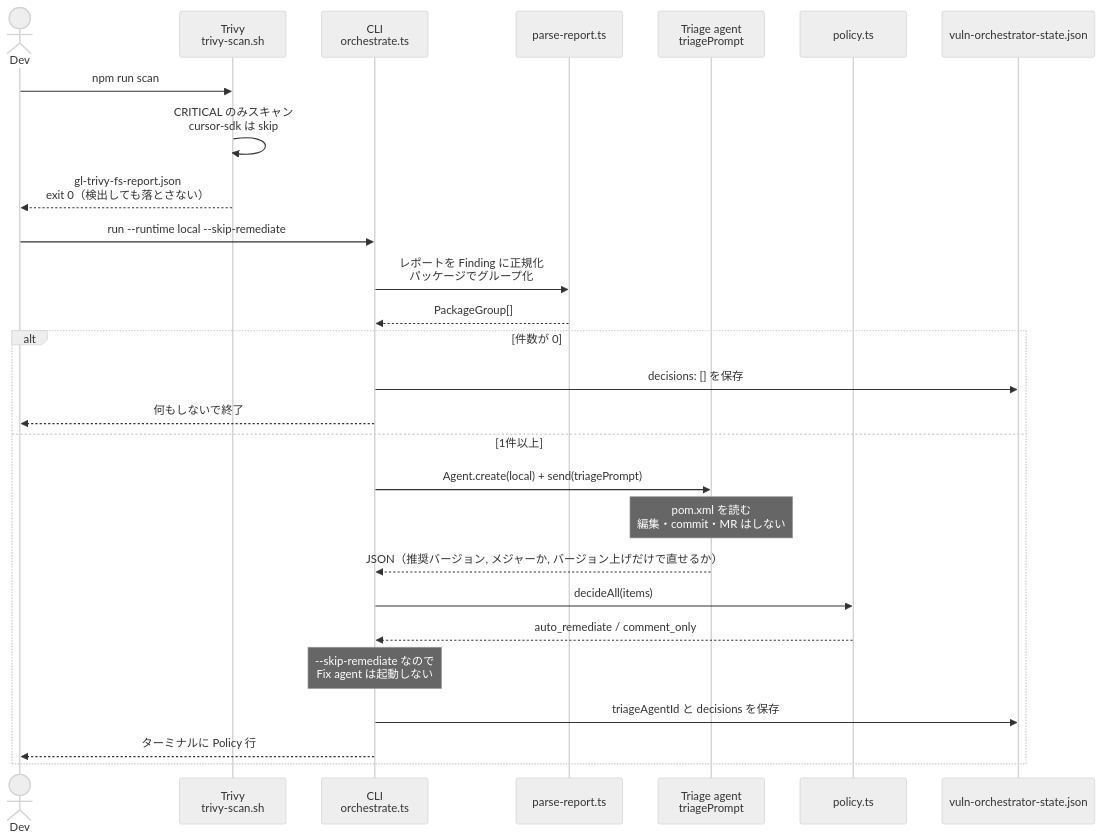
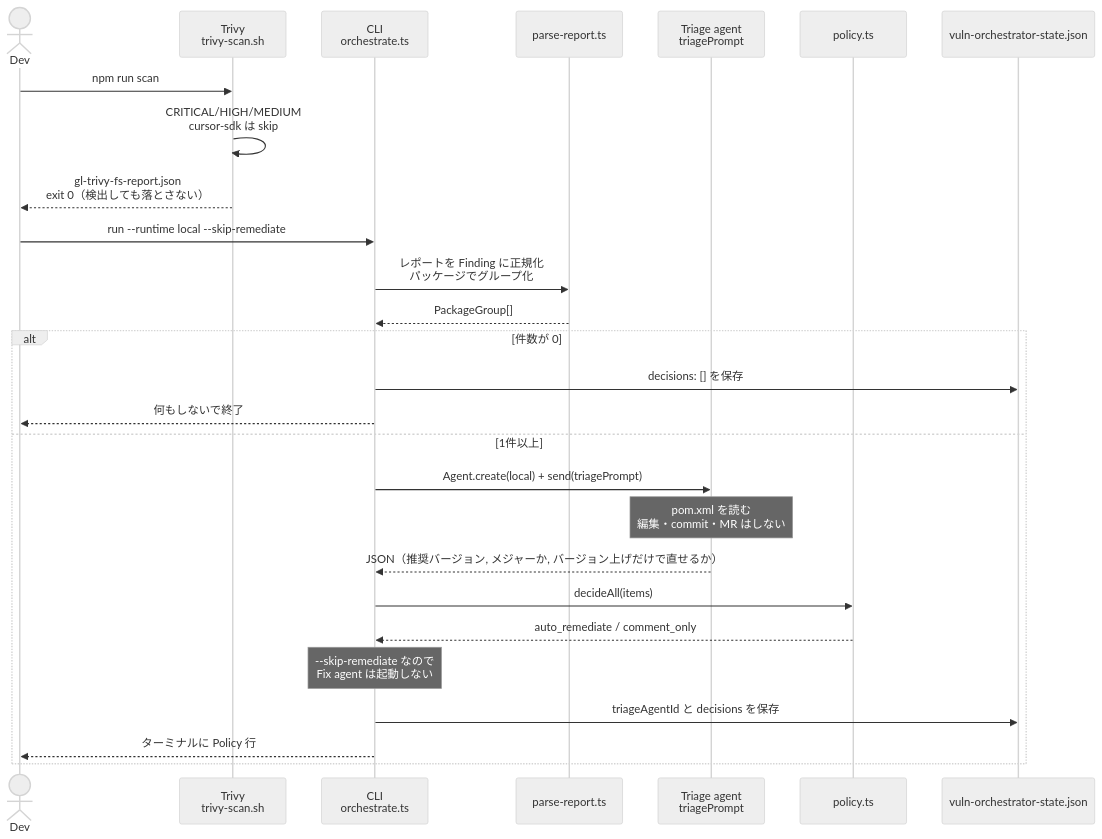
Before and after one commit to Acme-finance-demo/spring-petclinic-cursor: the first of 5 diagrams in cursor-sdk/SEQUENCE.ja.md, drawn with Mermaid (neutral theme). The commit also changed other lines of this file and 8 other files, not shown here.

First line of the commit message:
Scan HIGH and MEDIUM too, but still auto-fix only CRITICAL.

````diff
--- a/cursor-sdk/SEQUENCE.ja.md
+++ b/cursor-sdk/SEQUENCE.ja.md
@@ -30,34 +30,34 @@
 ```mermaid
 sequenceDiagram
     actor Dev
     participant Trivy as Trivy<br/>trivy-scan.sh
     participant CLI as CLI<br/>orchestrate.ts
     participant Parse as parse-report.ts
     participant Triage as Triage agent<br/>triagePrompt
     participant Policy as policy.ts
     participant State as vuln-orchestrator-state.json
 
     Dev->>Trivy: npm run scan
-    Trivy->>Trivy: CRITICAL のみスキャン<br/>cursor-sdk は skip
+    Trivy->>Trivy: CRITICAL/HIGH/MEDIUM<br/>cursor-sdk は skip
     Trivy-->>Dev: gl-trivy-fs-report.json<br/>exit 0（検出しても落とさない）
 
     Dev->>CLI: run --runtime local --skip-remediate
     CLI->>Parse: レポートを Finding に正規化<br/>パッケージでグループ化
     Parse-->>CLI: PackageGroup[]
 
     alt 件数が 0
         CLI->>State: decisions: [] を保存
         CLI-->>Dev: 何もしないで終了
     else 1件以上
         CLI->>Triage: Agent.create(local) + send(triagePrompt)
         Note over Triage: pom.xml を読む<br/>編集・commit・MR はしない
         Triage-->>CLI: JSON（推奨バージョン, メジャーか, バージョン上げだけで直せるか）
 
         CLI->>Policy: decideAll(items)
         Policy-->>CLI: auto_remediate / comment_only
 
         Note over CLI: --skip-remediate なので<br/>Fix agent は起動しない
         CLI->>State: triageAgentId と decisions を保存
         CLI-->>Dev: ターミナルに Policy 行
     end
 ```
````
